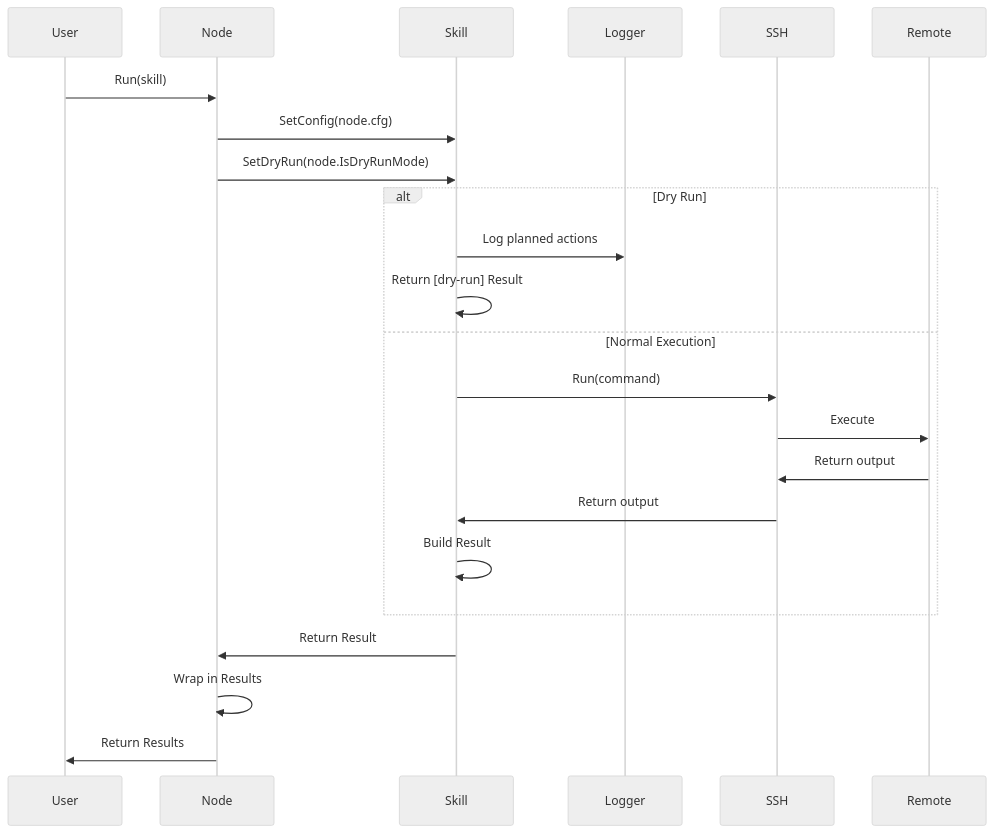
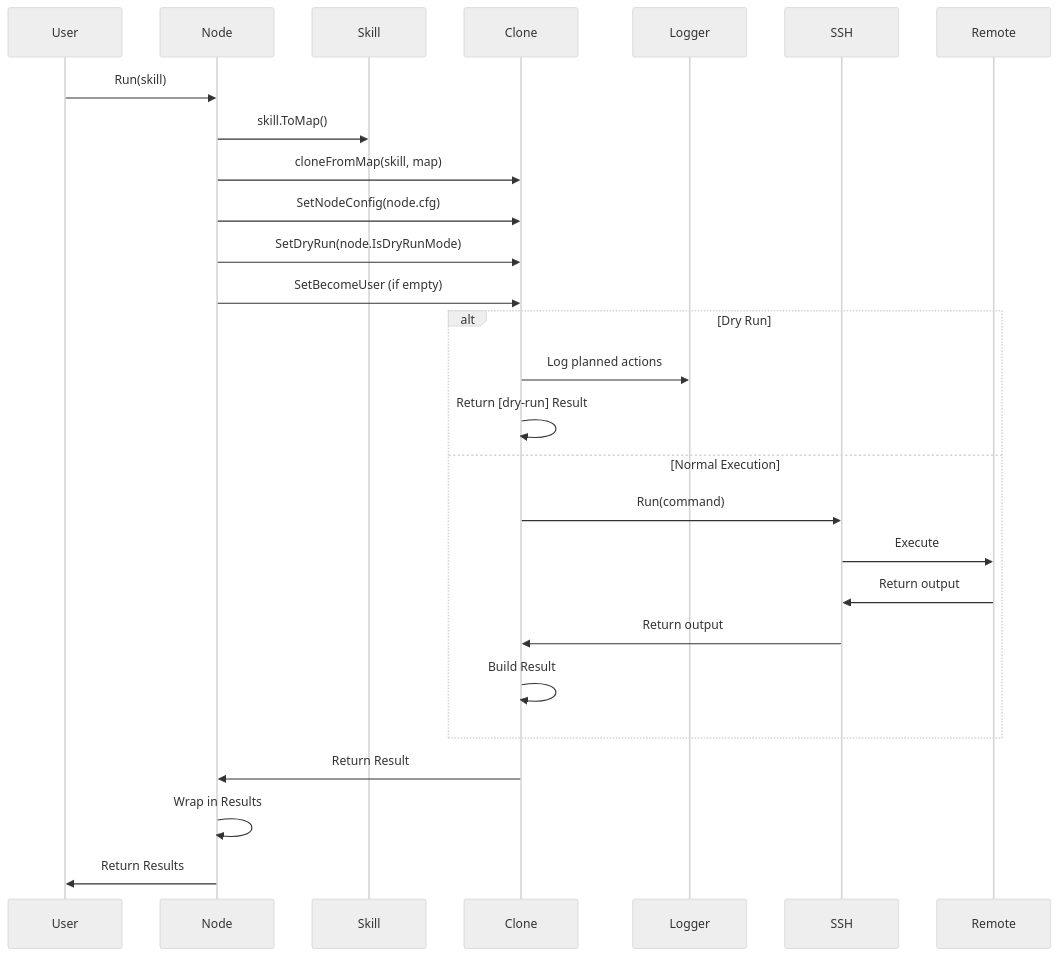
Before and after one commit to dracory/ork: diagram 11 of 13 in docs/livewiki/architecture.md, drawn with Mermaid (neutral theme). The commit also changed other lines of this file and 17 other files, not shown here.

````diff
--- a/docs/livewiki/architecture.md
+++ b/docs/livewiki/architecture.md
@@ -379,21 +438,24 @@
 ```mermaid
 sequenceDiagram
     User->>Node: Run(skill)
-    Node->>Skill: SetConfig(node.cfg)
-    Node->>Skill: SetDryRun(node.IsDryRunMode)
-    
+    Node->>Skill: skill.ToMap()
+    Node->>Clone: cloneFromMap(skill, map)
+    Node->>Clone: SetNodeConfig(node.cfg)
+    Node->>Clone: SetDryRun(node.IsDryRunMode)
+    Node->>Clone: SetBecomeUser (if empty)
+
     alt Dry Run
-        Skill->>Logger: Log planned actions
-        Skill->>Skill: Return [dry-run] Result
+        Clone->>Logger: Log planned actions
+        Clone->>Clone: Return [dry-run] Result
     else Normal Execution
-        Skill->>SSH: Run(command)
+        Clone->>SSH: Run(command)
         SSH->>Remote: Execute
         Remote->>SSH: Return output
-        SSH->>Skill: Return output
-        Skill->>Skill: Build Result
+        SSH->>Clone: Return output
+        Clone->>Clone: Build Result
     end
-    
-    Skill->>Node: Return Result
+
+    Clone->>Node: Return Result
     Node->>Node: Wrap in Results
     Node->>User: Return Results
 ```
````
